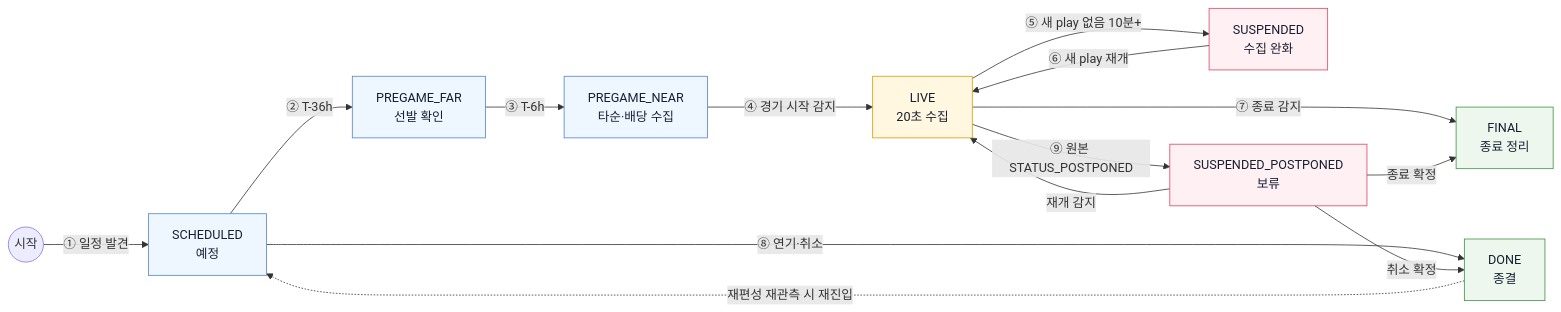
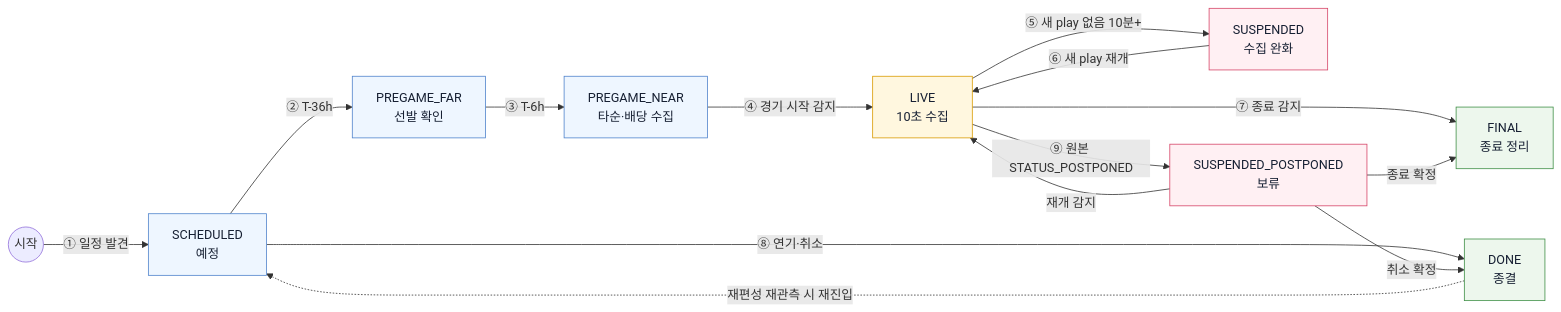
One commit to team-pulse-mlb/pulse-project changed the first of 3 diagrams in docs/design/DATA_PIPELINE.md. Above: the diagram before and after it, drawn with Mermaid. The commit also changed other lines of this file and 2 other files, not shown here.

````diff
--- a/docs/design/DATA_PIPELINE.md
+++ b/docs/design/DATA_PIPELINE.md
@@ -9,26 +9,26 @@
 ```mermaid
 flowchart LR
     classDef main fill:#eef6ff,stroke:#4f83cc,color:#172033
     classDef live fill:#fff7df,stroke:#d99a00,color:#172033
     classDef done fill:#edf7ed,stroke:#3f8f46,color:#172033
     classDef hold fill:#fff0f3,stroke:#d64568,color:#172033
 
     START(("시작")) -->|"① 일정 발견"| SCHEDULED["SCHEDULED<br/>예정"]
     SCHEDULED -->|"② T-36h"| FAR["PREGAME_FAR<br/>선발 확인"]
     FAR -->|"③ T-6h"| NEAR["PREGAME_NEAR<br/>타순·배당 수집"]
-    NEAR -->|"④ 경기 시작 감지"| LIVE["LIVE<br/>20초 수집"]
+    NEAR -->|"④ 경기 시작 감지"| LIVE["LIVE<br/>10초 수집"]
     LIVE -->|"⑤ 새 play 없음 10분+"| SUSPENDED["SUSPENDED<br/>수집 완화"]
     SUSPENDED -->|"⑥ 새 play 재개"| LIVE
     LIVE -->|"⑦ 종료 감지"| FINAL["FINAL<br/>종료 정리"]
     SCHEDULED -->|"⑧ 연기·취소"| DONE["DONE<br/>종결"]
     LIVE -->|"⑨ 원본 STATUS_POSTPONED"| POSTPONED["SUSPENDED_POSTPONED<br/>보류"]
     POSTPONED -->|"재개 감지"| LIVE
     POSTPONED -->|"종료 확정"| FINAL
     POSTPONED -->|"취소 확정"| DONE
     DONE -.->|"재편성 재관측 시 재진입"| SCHEDULED
 
     class SCHEDULED,FAR,NEAR main
     class LIVE live
     class FINAL,DONE done
     class SUSPENDED,POSTPONED hold
 ```
````
